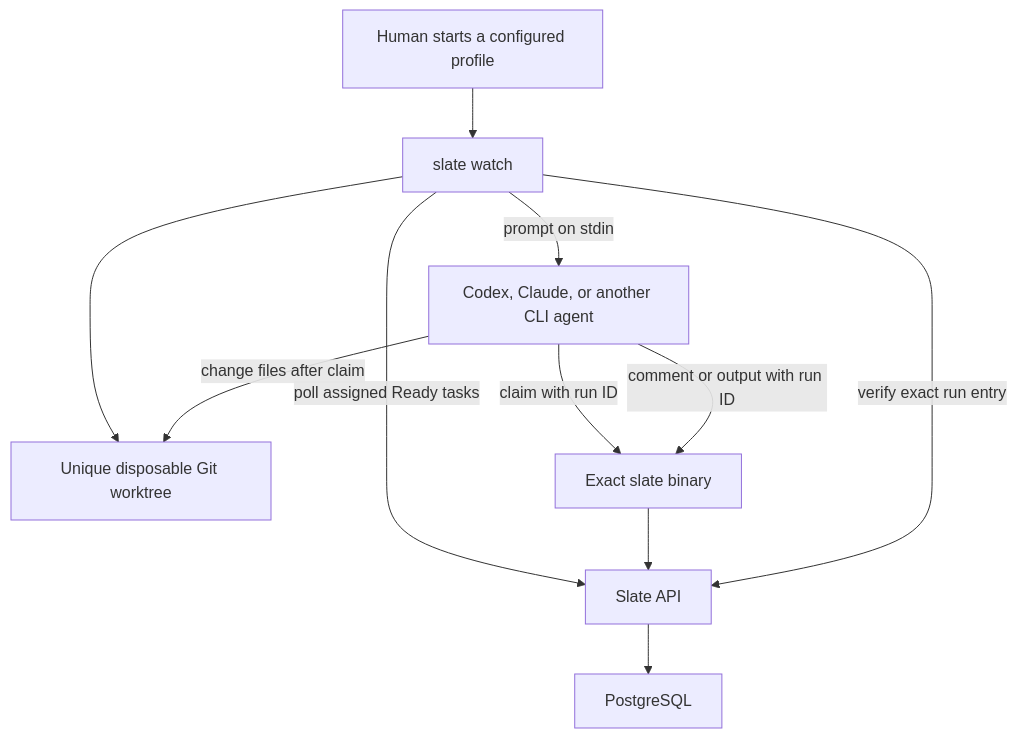
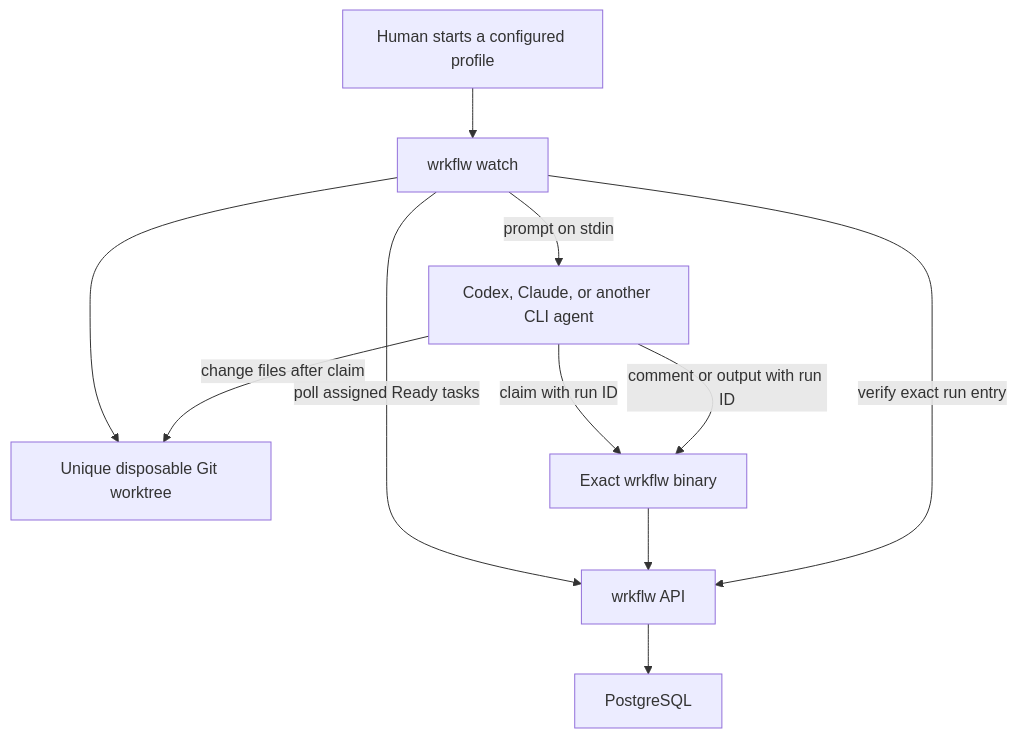
One commit to utachicodes/wrkflw changed the diagram in docs/agent-task-watcher/design.md. Above: the diagram before and after it, drawn with Mermaid. The commit also changed other lines of this file and 2 other files, not shown here.

Commit message:
Update architecture docs

````diff
--- a/docs/agent-task-watcher/design.md
+++ b/docs/agent-task-watcher/design.md
@@ -23,13 +23,13 @@
 ```mermaid
 flowchart TD
-    Human["Human starts a configured profile"] --> Watcher["slate watch"]
-    Watcher -->|"poll assigned Ready tasks"| API["Slate API"]
+    Human["Human starts a configured profile"] --> Watcher["wrkflw watch"]
+    Watcher -->|"poll assigned Ready tasks"| API["wrkflw API"]
     API --> DB["PostgreSQL"]
     Watcher --> Worktree["Unique disposable Git worktree"]
     Watcher -->|"prompt on stdin"| Executor["Codex, Claude, or another CLI agent"]
-    Executor -->|"claim with run ID"| CLI["Exact slate binary"]
+    Executor -->|"claim with run ID"| CLI["Exact wrkflw binary"]
     CLI --> API
     Executor -->|"change files after claim"| Worktree
     Executor -->|"comment or output with run ID"| CLI
     Watcher -->|"verify exact run entry"| API
 ```
````
